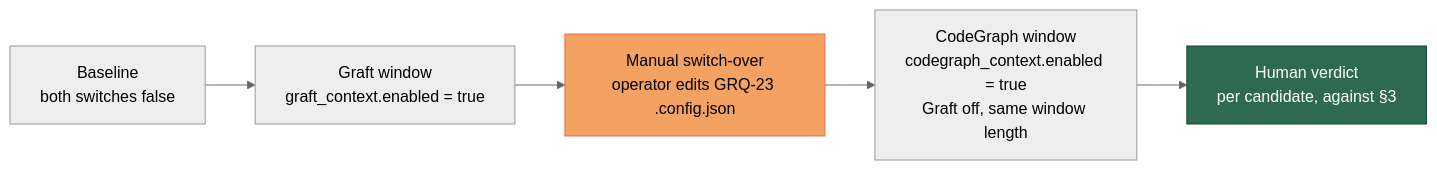
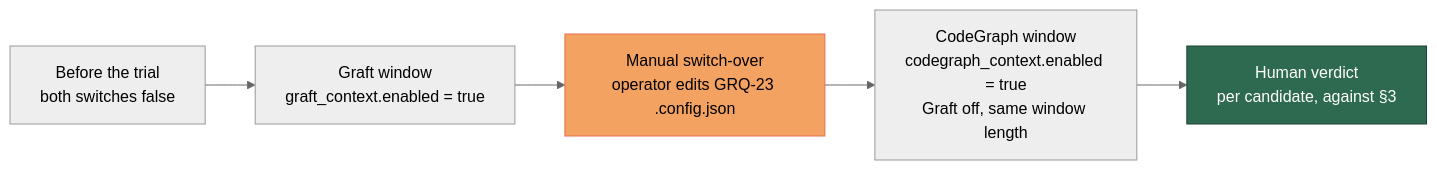
One commit to stSoftwareAU/VibeCoder changed the diagram in docs/REPO-CONTEXT-TRIAL.md. Above: the diagram before and after it, drawn with Mermaid (neutral theme). The commit also changed other lines of this file and 2 other files, not shown here.

First line of the commit message:
Tighten the trial page and its drift test after review (Issue #2158)

````diff
--- a/docs/REPO-CONTEXT-TRIAL.md
+++ b/docs/REPO-CONTEXT-TRIAL.md
@@ -100,9 +104,9 @@
 ```mermaid
 flowchart LR
-    A["Baseline<br/>both switches false"] --> B["Graft window<br/>graft_context.enabled = true"]
+    A["Before the trial<br/>both switches false"] --> B["Graft window<br/>graft_context.enabled = true"]
     B --> C["Manual switch-over<br/>operator edits GRQ-23 .config.json"]
     C --> D["CodeGraph window<br/>codegraph_context.enabled = true<br/>Graft off, same window length"]
     D --> E["Human verdict<br/>per candidate, against §3"]
     style C fill:#f4a261,stroke:#e76f51,color:#000
     style E fill:#2d6a4f,stroke:#1b4332,color:#fff
 ```
````
